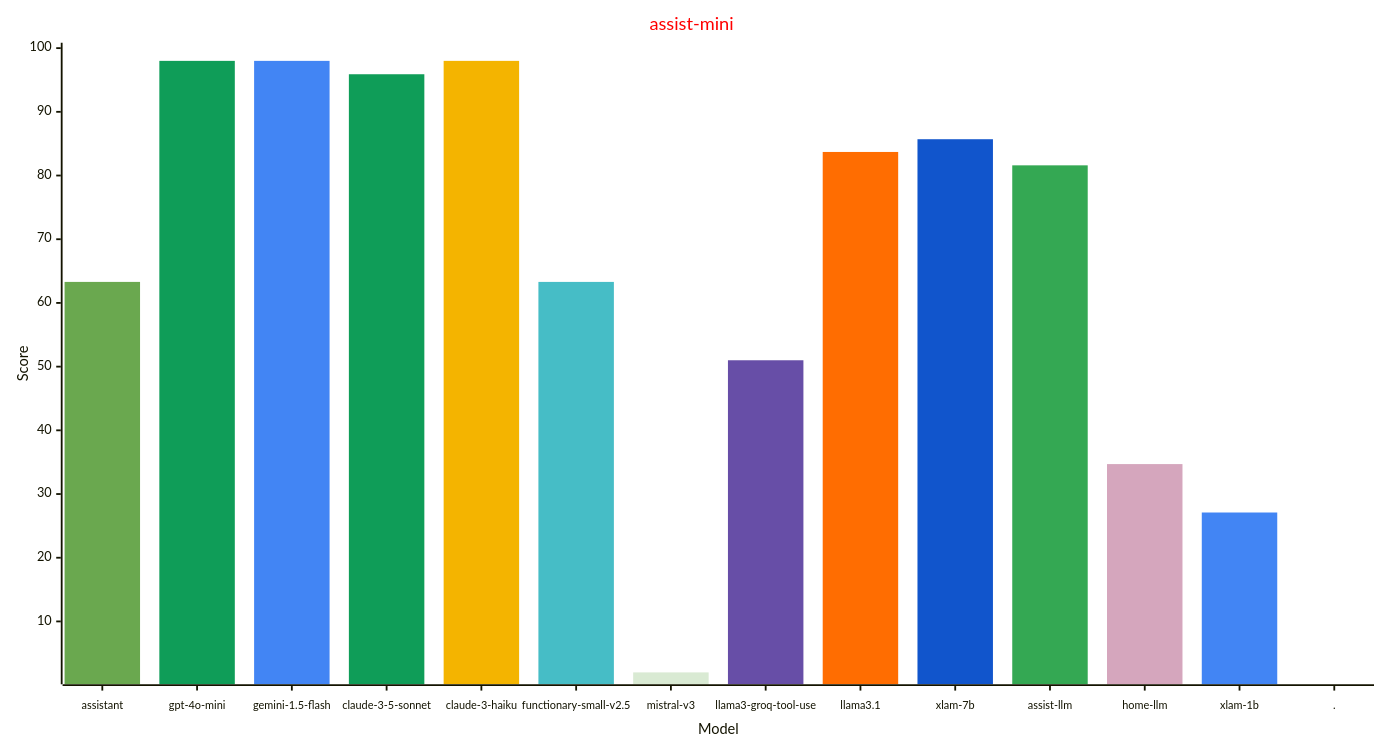
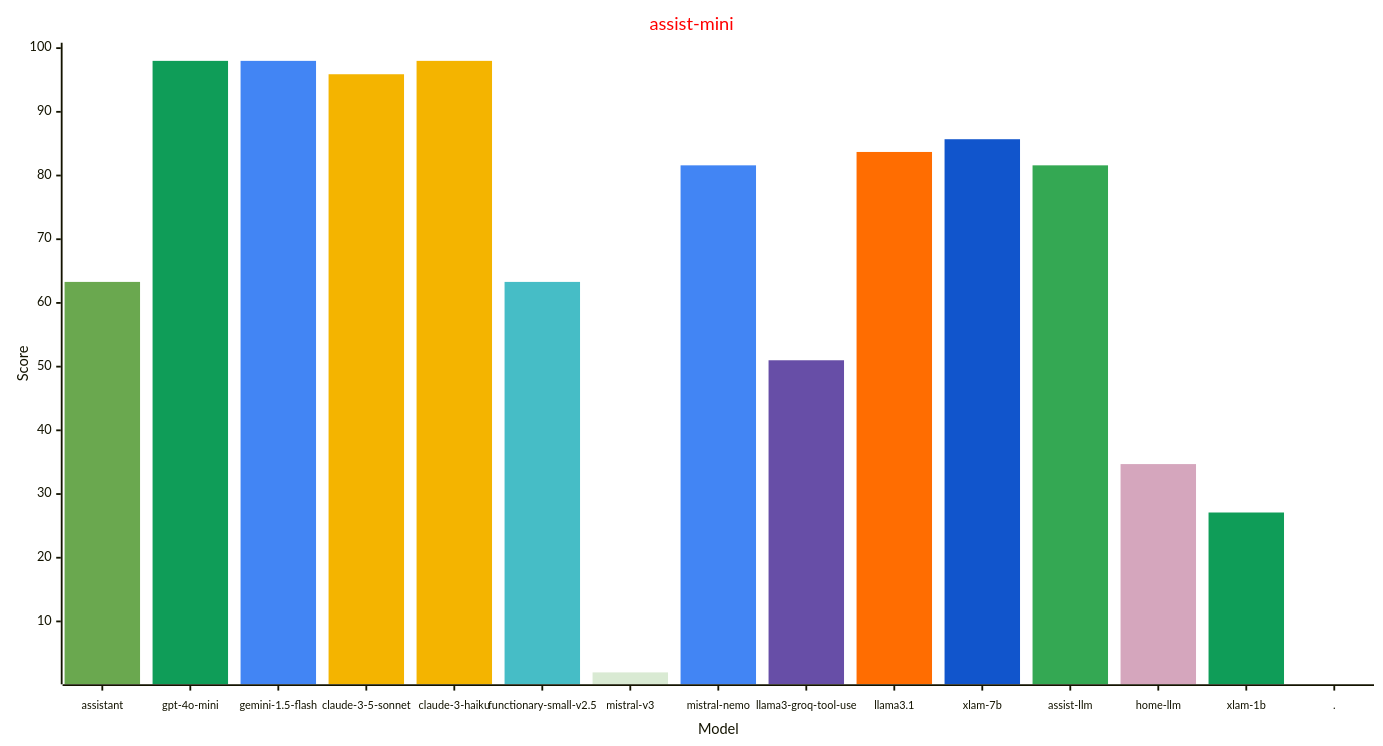
Before and after one commit to allenporter/home-assistant-datasets: the second of 3 diagrams in reports/README.md, drawn with Mermaid. The commit also changed other lines of this file and 53 other files, not shown here.

First line of the commit message:
Record assist-mini scores

````diff
--- a/reports/README.md
+++ b/reports/README.md
@@ -89,34 +90,35 @@
 ```mermaid
 ---
 config:
     xyChart:
         width: 1500
         height: 800
         xAxis:
           labelFontSize: 12
           labelPadding: 8
     themeVariables:
         xyChart:
             titleColor: "#ff0000"
-            plotColorPalette: "#6aa84f, #0f9d58, #4285f4, #0f9d58, #f4b400, #46bdc6, #d9ead3, #674ea7, #ff6d01, #1155cc, #34a853, #d5a6bd, #4285f4, #4285f4"
+            plotColorPalette: "#6aa84f, #0f9d58, #4285f4, #f4b400, #f4b400, #46bdc6, #d9ead3, #4285f4, #674ea7, #ff6d01, #1155cc, #34a853, #d5a6bd, #0f9d58, #4285f4"
 
 ---
 xychart-beta
   title "assist-mini"
-  x-axis "Model" [assistant, gpt-4o-mini, gemini-1.5-flash, claude-3-5-sonnet, claude-3-haiku, functionary-small-v2.5, mistral-v3, llama3-groq-tool-use, llama3.1, xlam-7b, assist-llm, home-llm, xlam-1b, .]
+  x-axis "Model" [assistant, gpt-4o-mini, gemini-1.5-flash, claude-3-5-sonnet, claude-3-haiku, functionary-small-v2.5, mistral-v3, mistral-nemo, llama3-groq-tool-use, llama3.1, xlam-7b, assist-llm, home-llm, xlam-1b, .]
   y-axis "Score" 1 --> 100
-  bar [63.3, 0.0, 0.0, 0.0, 0.0, 0.0, 0.0, 0.0, 0.0, 0.0, 0.0, 0.0, 0.0, 0.0]
-  bar [0.0, 98.0, 0.0, 0.0, 0.0, 0.0, 0.0, 0.0, 0.0, 0.0, 0.0, 0.0, 0.0, 0.0]
-  bar [0.0, 0.0, 98.0, 0.0, 0.0, 0.0, 0.0, 0.0, 0.0, 0.0, 0.0, 0.0, 0.0, 0.0]
-  bar [0.0, 0.0, 0.0, 95.9, 0.0, 0.0, 0.0, 0.0, 0.0, 0.0, 0.0, 0.0, 0.0, 0.0]
-  bar [0.0, 0.0, 0.0, 0.0, 98.0, 0.0, 0.0, 0.0, 0.0, 0.0, 0.0, 0.0, 0.0, 0.0]
-  bar [0.0, 0.0, 0.0, 0.0, 0.0, 63.3, 0.0, 0.0, 0.0, 0.0, 0.0, 0.0, 0.0, 0.0]
-  bar [0.0, 0.0, 0.0, 0.0, 0.0, 0.0, 2.0, 0.0, 0.0, 0.0, 0.0, 0.0, 0.0, 0.0]
-  bar [0.0, 0.0, 0.0, 0.0, 0.0, 0.0, 0.0, 51.0, 0.0, 0.0, 0.0, 0.0, 0.0, 0.0]
-  bar [0.0, 0.0, 0.0, 0.0, 0.0, 0.0, 0.0, 0.0, 83.7, 0.0, 0.0, 0.0, 0.0, 0.0]
-  bar [0.0, 0.0, 0.0, 0.0, 0.0, 0.0, 0.0, 0.0, 0.0, 85.7, 0.0, 0.0, 0.0, 0.0]
-  bar [0.0, 0.0, 0.0, 0.0, 0.0, 0.0, 0.0, 0.0, 0.0, 0.0, 81.6, 0.0, 0.0, 0.0]
-  bar [0.0, 0.0, 0.0, 0.0, 0.0, 0.0, 0.0, 0.0, 0.0, 0.0, 0.0, 34.7, 0.0, 0.0]
-  bar [0.0, 0.0, 0.0, 0.0, 0.0, 0.0, 0.0, 0.0, 0.0, 0.0, 0.0, 0.0, 27.1, 0.0]
-  bar [0.0, 0.0, 0.0, 0.0, 0.0, 0.0, 0.0, 0.0, 0.0, 0.0, 0.0, 0.0, 0.0, -1.0]
+  bar [63.3, 0.0, 0.0, 0.0, 0.0, 0.0, 0.0, 0.0, 0.0, 0.0, 0.0, 0.0, 0.0, 0.0, 0.0]
+  bar [0.0, 98.0, 0.0, 0.0, 0.0, 0.0, 0.0, 0.0, 0.0, 0.0, 0.0, 0.0, 0.0, 0.0, 0.0]
+  bar [0.0, 0.0, 98.0, 0.0, 0.0, 0.0, 0.0, 0.0, 0.0, 0.0, 0.0, 0.0, 0.0, 0.0, 0.0]
+  bar [0.0, 0.0, 0.0, 95.9, 0.0, 0.0, 0.0, 0.0, 0.0, 0.0, 0.0, 0.0, 0.0, 0.0, 0.0]
+  bar [0.0, 0.0, 0.0, 0.0, 98.0, 0.0, 0.0, 0.0, 0.0, 0.0, 0.0, 0.0, 0.0, 0.0, 0.0]
+  bar [0.0, 0.0, 0.0, 0.0, 0.0, 63.3, 0.0, 0.0, 0.0, 0.0, 0.0, 0.0, 0.0, 0.0, 0.0]
+  bar [0.0, 0.0, 0.0, 0.0, 0.0, 0.0, 2.0, 0.0, 0.0, 0.0, 0.0, 0.0, 0.0, 0.0, 0.0]
+  bar [0.0, 0.0, 0.0, 0.0, 0.0, 0.0, 0.0, 81.6, 0.0, 0.0, 0.0, 0.0, 0.0, 0.0, 0.0]
+  bar [0.0, 0.0, 0.0, 0.0, 0.0, 0.0, 0.0, 0.0, 51.0, 0.0, 0.0, 0.0, 0.0, 0.0, 0.0]
+  bar [0.0, 0.0, 0.0, 0.0, 0.0, 0.0, 0.0, 0.0, 0.0, 83.7, 0.0, 0.0, 0.0, 0.0, 0.0]
+  bar [0.0, 0.0, 0.0, 0.0, 0.0, 0.0, 0.0, 0.0, 0.0, 0.0, 85.7, 0.0, 0.0, 0.0, 0.0]
+  bar [0.0, 0.0, 0.0, 0.0, 0.0, 0.0, 0.0, 0.0, 0.0, 0.0, 0.0, 81.6, 0.0, 0.0, 0.0]
+  bar [0.0, 0.0, 0.0, 0.0, 0.0, 0.0, 0.0, 0.0, 0.0, 0.0, 0.0, 0.0, 34.7, 0.0, 0.0]
+  bar [0.0, 0.0, 0.0, 0.0, 0.0, 0.0, 0.0, 0.0, 0.0, 0.0, 0.0, 0.0, 0.0, 27.1, 0.0]
+  bar [0.0, 0.0, 0.0, 0.0, 0.0, 0.0, 0.0, 0.0, 0.0, 0.0, 0.0, 0.0, 0.0, 0.0, -1.0]
 ```
````
